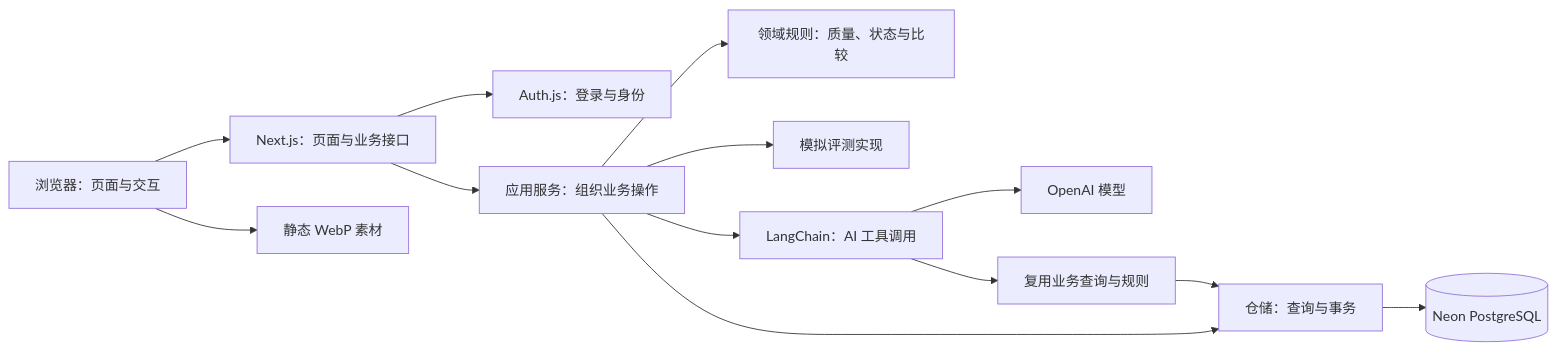
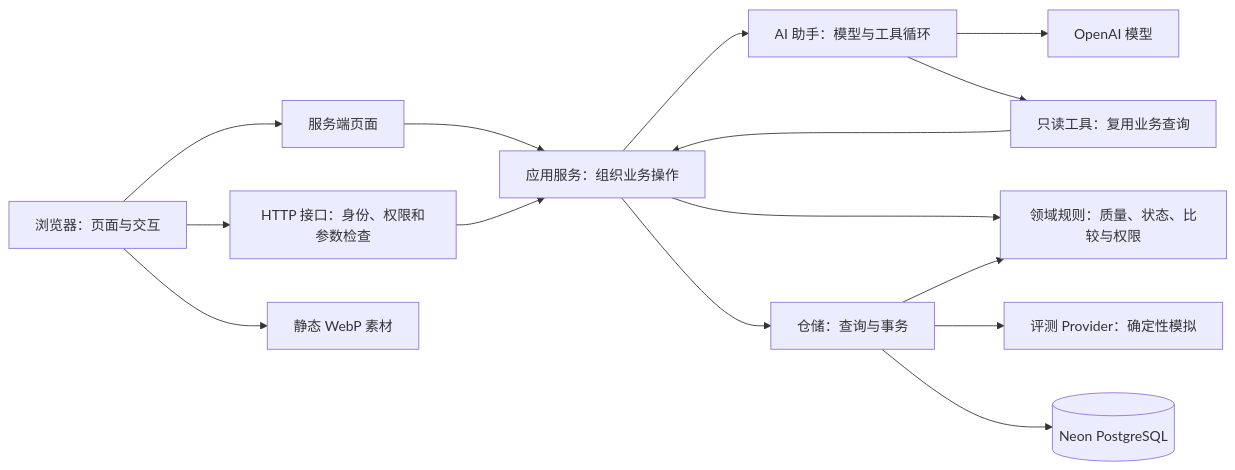
The diagram in docs/架构与接口.md (try-one-try/simeval-app), drawn with Mermaid before and after one commit. The commit also changed other lines of this file and 10 other files, not shown here.

````diff
--- a/docs/架构与接口.md
+++ b/docs/架构与接口.md
@@ -23,15 +37,17 @@
 ```mermaid
 flowchart LR
-  Browser[浏览器：页面与交互] --> App[Next.js：页面与业务接口]
-  App --> Auth[Auth.js：登录与身份]
-  App --> Service[应用服务：组织业务操作]
-  Service --> Rules[领域规则：质量、状态与比较]
-  Service --> Mock[模拟评测实现]
-  Service --> Agent[LangChain：AI 工具调用]
+  Browser[浏览器：页面与交互] --> Page[服务端页面]
+  Browser --> API[HTTP 接口：身份、权限和参数检查]
+  Page --> Service[应用服务：组织业务操作]
+  API --> Service
+  Service --> Agent[AI 助手：模型与工具循环]
   Agent --> Model[OpenAI 模型]
-  Agent --> Query[复用业务查询与规则]
-  Query --> Repo[仓储：查询与事务]
-  Service --> Repo
+  Agent --> Query[只读工具：复用业务查询]
+  Query --> Service
+  Service --> Repo[仓储：查询与事务]
+  Service --> Rules[领域规则：质量、状态、比较与权限]
+  Repo --> Rules
+  Repo --> Mock[评测 Provider：确定性模拟]
   Repo --> DB[(Neon PostgreSQL)]
   Browser --> Assets[静态 WebP 素材]
 ```
````
